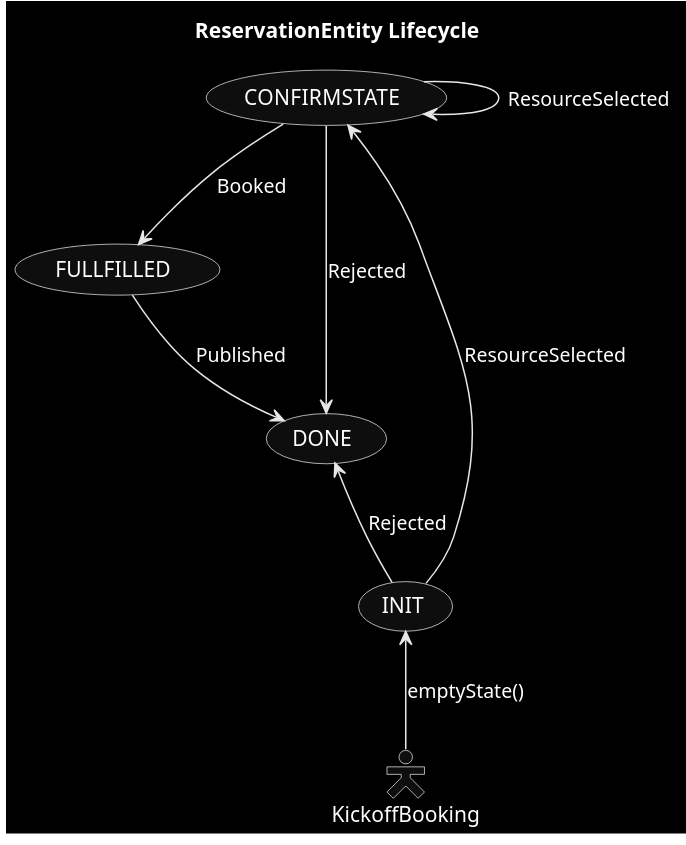
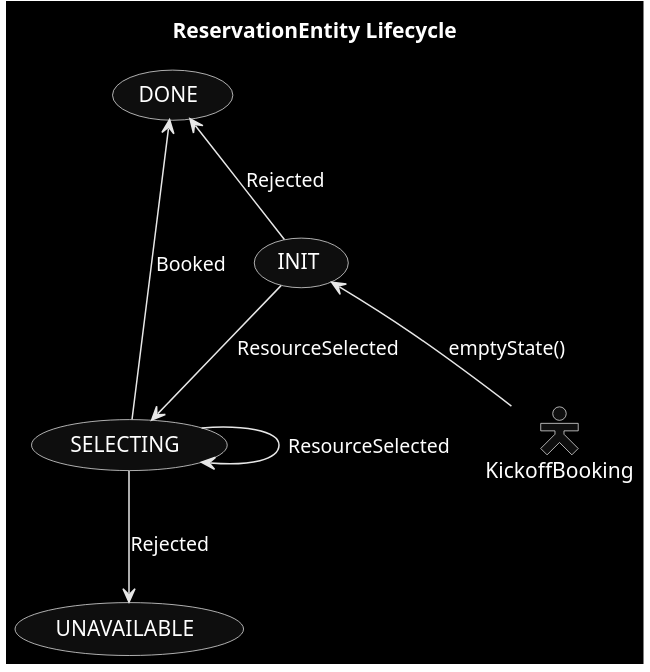
Before and after one commit to max8github/rez: the diagram in facility/docs/fsm.puml, drawn with PlantUML. The commit also changed 4 other files, not shown here.

```diff
--- a/facility/docs/fsm.puml
+++ b/facility/docs/fsm.puml
@@ -1,13 +1,12 @@
 @startuml
 skinparam monochrome reverse
 skinparam actorStyle hollow
 
 title ReservationEntity Lifecycle
 KickoffBooking -up-> (INIT): emptyState()
-(INIT) --> (CONFIRMSTATE): ResourceSelected
-(CONFIRMSTATE) --> (CONFIRMSTATE): ResourceSelected
+(INIT) --> (SELECTING): ResourceSelected
+(SELECTING) --> (SELECTING): ResourceSelected
 (DONE) <-down- (INIT): Rejected
-(DONE) <-- (CONFIRMSTATE): Rejected
-(FULLFILLED) <-up- (CONFIRMSTATE): Booked
-(FULLFILLED) --> (DONE): Published
+(DONE) <-- (SELECTING): Booked
+(UNAVAILABLE) <-up- (SELECTING): Rejected
 @enduml
```
